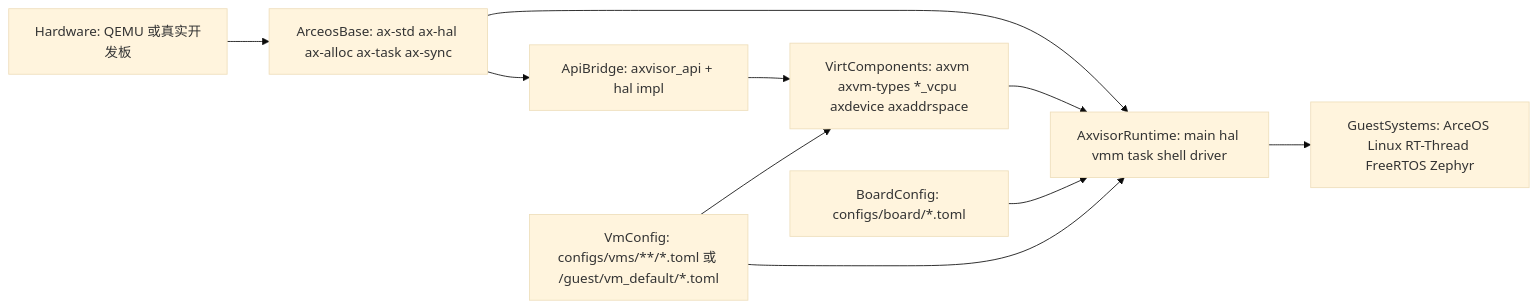
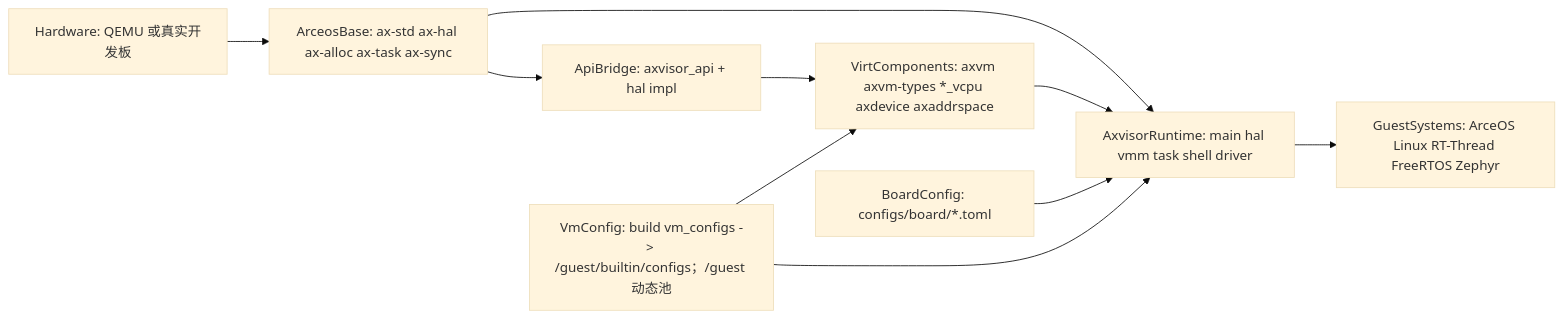
Before and after one commit to rcore-os/tgoskits: the first of 5 diagrams in docs/docs/architecture/axvisor/overview.md, drawn with Mermaid (base theme). The commit also changed other lines of this file and 99 other files, not shown here.

````diff
--- a/docs/docs/architecture/axvisor/overview.md
+++ b/docs/docs/architecture/axvisor/overview.md
@@ -28,21 +28,21 @@
 ```mermaid
 flowchart LR
     hardware["Hardware: QEMU 或真实开发板"]
     arceosBase["ArceosBase: ax-std ax-hal ax-alloc ax-task ax-sync"]
     virtComponents["VirtComponents: axvm axvm-types *_vcpu axdevice axaddrspace"]
     apiBridge["ApiBridge: axvisor_api + hal impl"]
     axvisorRuntime["AxvisorRuntime: main hal vmm task shell driver"]
     guestSystems["GuestSystems: ArceOS Linux RT-Thread FreeRTOS Zephyr"]
     boardConfig["BoardConfig: configs/board/*.toml"]
-    vmConfig["VmConfig: configs/vms/**/*.toml 或 /guest/vm_default/*.toml"]
+    vmConfig["VmConfig: build vm_configs -> /guest/builtin/configs；/guest 动态池"]
 
     hardware --> arceosBase
     arceosBase --> apiBridge
     arceosBase --> axvisorRuntime
     virtComponents --> axvisorRuntime
     apiBridge --> virtComponents
     axvisorRuntime --> guestSystems
     boardConfig --> axvisorRuntime
     vmConfig --> axvisorRuntime
     vmConfig --> virtComponents
 ```
````
